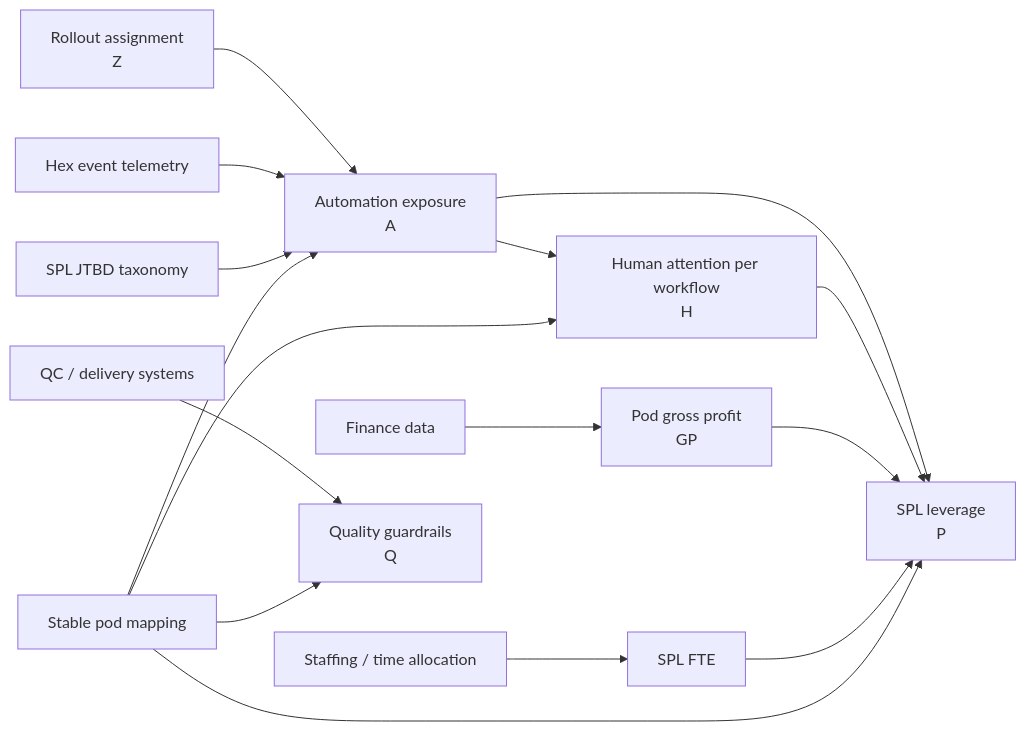
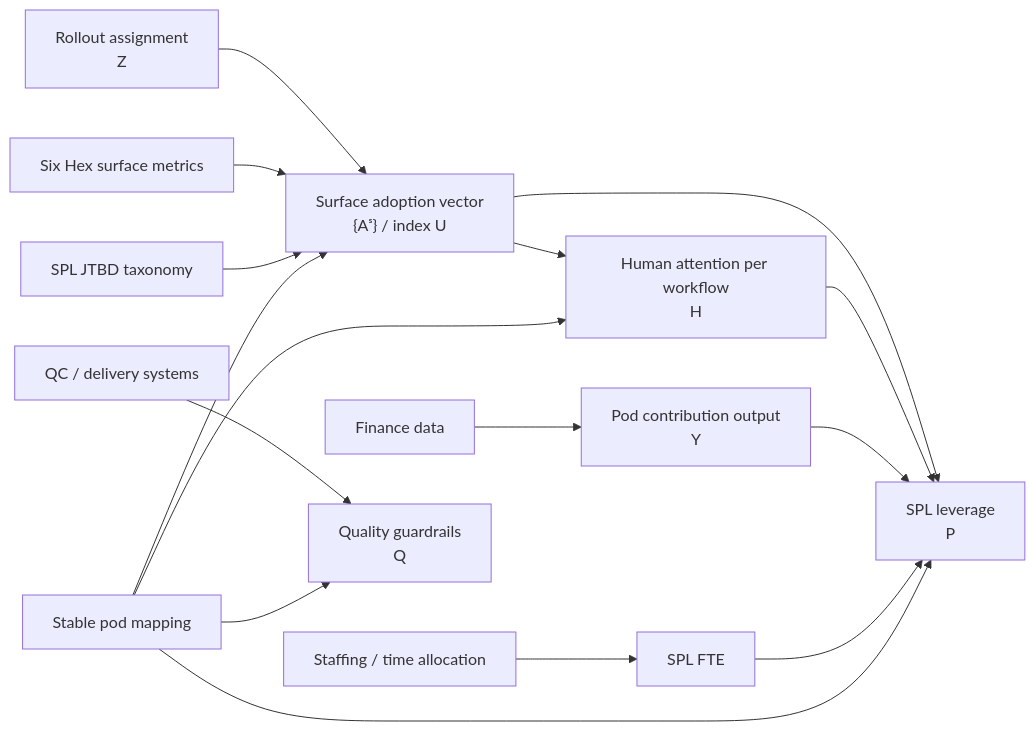
One commit to adinapak-mercor/spl-automation-economics changed the diagram in diagrams/causal-model.mmd. Above: the diagram before and after it, drawn with Mermaid. The commit also changed 11 other files, not shown here.

Commit message:
Align metrics with Hex surface definitions

```diff
--- a/diagrams/causal-model.mmd
+++ b/diagrams/causal-model.mmd
@@ -1,21 +1,21 @@
 flowchart LR
-    Z["Rollout assignment<br/>Z"] --> A["Automation exposure<br/>A"]
+    Z["Rollout assignment<br/>Z"] --> A["Surface adoption vector<br/>{Aˢ} / index U"]
 
-    HEX["Hex event telemetry"] --> A
+    HEX["Six Hex surface metrics"] --> A
     JTBD["SPL JTBD taxonomy"] --> A
 
     A --> H["Human attention per workflow<br/>H"]
     A --> P["SPL leverage<br/>P"]
     H --> P
 
-    FIN["Finance data"] --> GP["Pod gross profit<br/>GP"]
+    FIN["Finance data"] --> GP["Pod contribution output<br/>Y"]
     STAFF["Staffing / time allocation"] --> FTE["SPL FTE"]
     GP --> P
     FTE --> P
 
     OPS["QC / delivery systems"] --> Q["Quality guardrails<br/>Q"]
 
     MAP["Stable pod mapping"] --> A
     MAP --> H
     MAP --> P
     MAP --> Q
```
